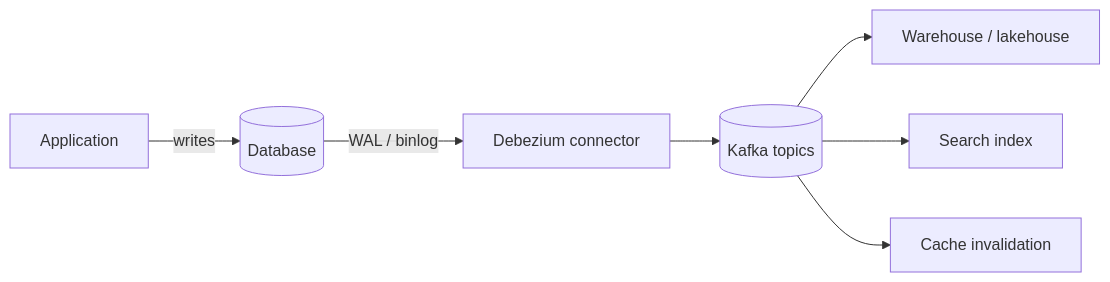
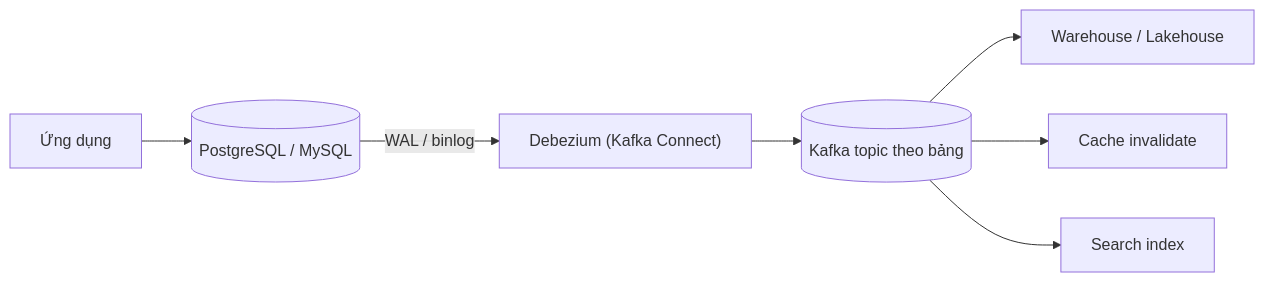
Before and after one commit to passion-Infinity/personal-tech-playbook: the diagram in src/assets/knowledge/playbooks/data-engineering/change-data-capture.md, drawn with Mermaid. The commit also changed other lines of this file and 6 other files, not shown here.

````diff
--- a/src/assets/knowledge/playbooks/data-engineering/change-data-capture.md
+++ b/src/assets/knowledge/playbooks/data-engineering/change-data-capture.md
@@ -17,9 +45,9 @@
 ```mermaid
 flowchart LR
-    APP[Application] -->|writes| DB[(Database)]
-    DB -->|WAL / binlog| DBZ["Debezium connector"]
-    DBZ --> K[(Kafka topics)]
-    K --> DW[Warehouse / lakehouse]
-    K --> ES[Search index]
-    K --> C[Cache invalidation]
+    APP["Ứng dụng"] --> DB[("PostgreSQL / MySQL")]
+    DB -->|"WAL / binlog"| DBZ["Debezium (Kafka Connect)"]
+    DBZ --> KF[("Kafka topic theo bảng")]
+    KF --> WH["Warehouse / Lakehouse"]
+    KF --> CA["Cache invalidate"]
+    KF --> ES["Search index"]
 ```
````
